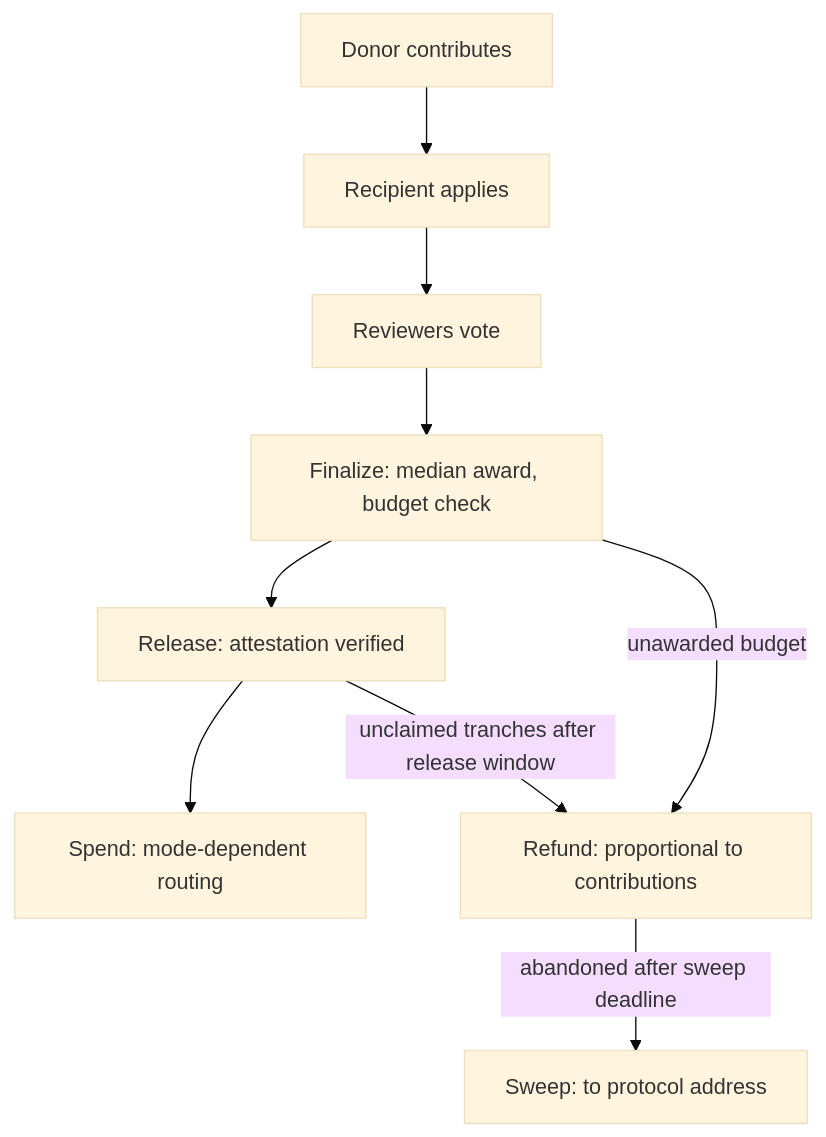
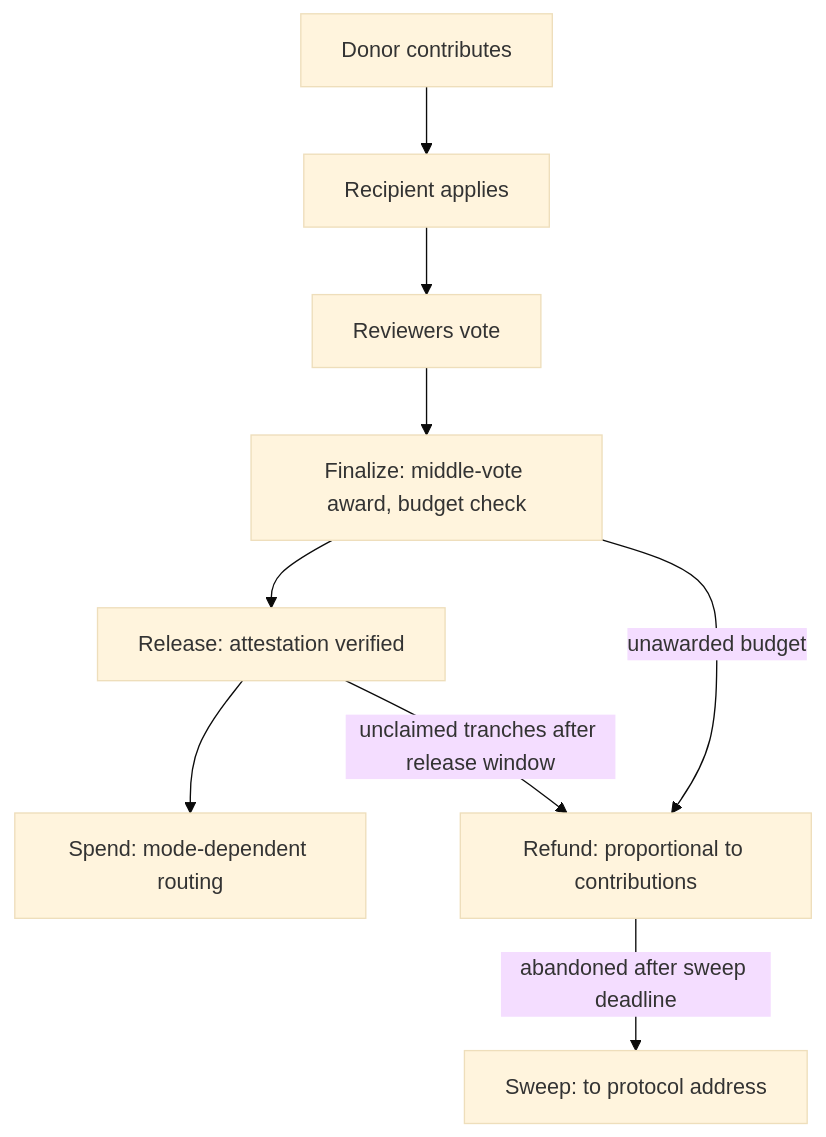
Before and after one commit to milepost-labs/milepost: the third of 4 diagrams in README.md, drawn with Mermaid (base theme). The commit also changed other lines of this file and 18 other files, not shown here.

Commit message:
fix(frontend): say how the award is really set, and stop averaging the middle votes

````diff
--- a/README.md
+++ b/README.md
@@ -108,11 +108,11 @@
 ```mermaid
 flowchart TD
     Contribute[Donor contributes] --> Apply[Recipient applies]
     Apply --> Review[Reviewers vote]
-    Review --> Finalize[Finalize: median award, budget check]
+    Review --> Finalize[Finalize: middle-vote award, budget check]
     Finalize --> Release[Release: attestation verified]
     Release --> Spend[Spend: mode-dependent routing]
     Finalize -->|unawarded budget| Refund[Refund: proportional to contributions]
     Release -->|unclaimed tranches after release window| Refund
     Refund -->|abandoned after sweep deadline| Sweep[Sweep: to protocol address]
 ```
````
